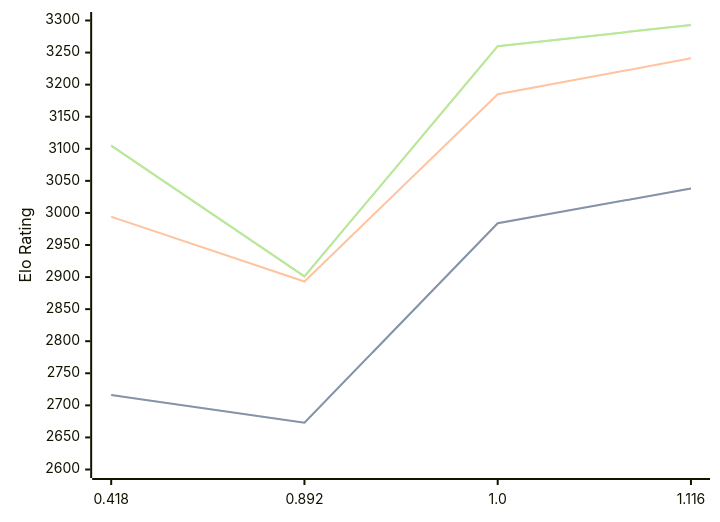
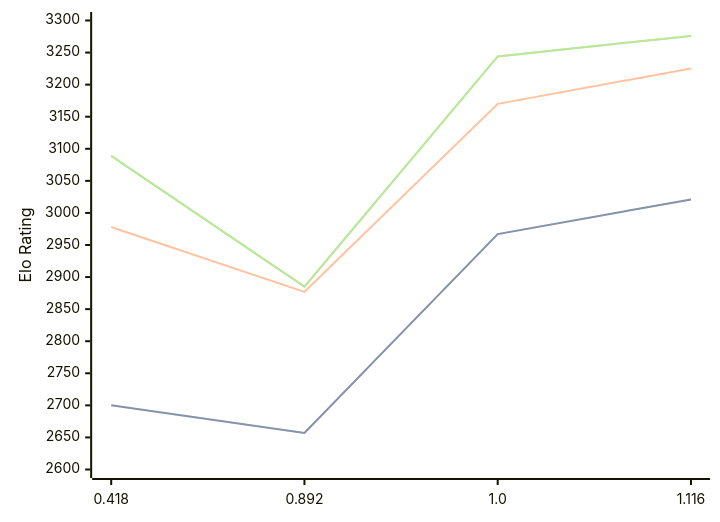
One commit to computer-chess-index/cci changed the diagram in engines/Malika.md. Above: the diagram before and after it, drawn with Mermaid. The commit also changed other lines of this file, not shown here.

Commit message:
Update CCI Ratings (ELO VLTC) - 2026-05-20

````diff
--- a/engines/Malika.md
+++ b/engines/Malika.md
@@ -34,11 +34,11 @@
 ```mermaid
 %%{init: {"theme":"base","themeVariables":{"seriesColors:['#a3a3a3','#222221','#faa371']}}}%%
 xychart-beta
   x-axis ["0.418", "0.892", "1.0", "1.116"]
   y-axis "Elo Rating" 2600 --> 3300
-  line "STC (8.0+0.08s)" [2716, 2673, 2984, 3038]
-  line "STC (8.0+0.08s)" [2716, 2673, 2984, 3038]
-  line "LTC (60.0+0.60s)" [2994, 2893, 3185, 3241]
-  line "VLTC (2m24s+1.12s)" [3105, 2901, 3260, 3293]
-  line "VLTC (2m24s+1.12s)" [3105, 2901, 3260, 3293]
+  line "STC (8.0+0.08s)" [2700, 2657, 2967, 3021]
+  line "STC (8.0+0.08s)" [2700, 2657, 2967, 3021]
+  line "LTC (60.0+0.60s)" [2978, 2877, 3170, 3225]
+  line "VLTC (2m24s+1.12s)" [3089, 2885, 3244, 3276]
+  line "VLTC (2m24s+1.12s)" [3089, 2885, 3244, 3276]
 ```
````
